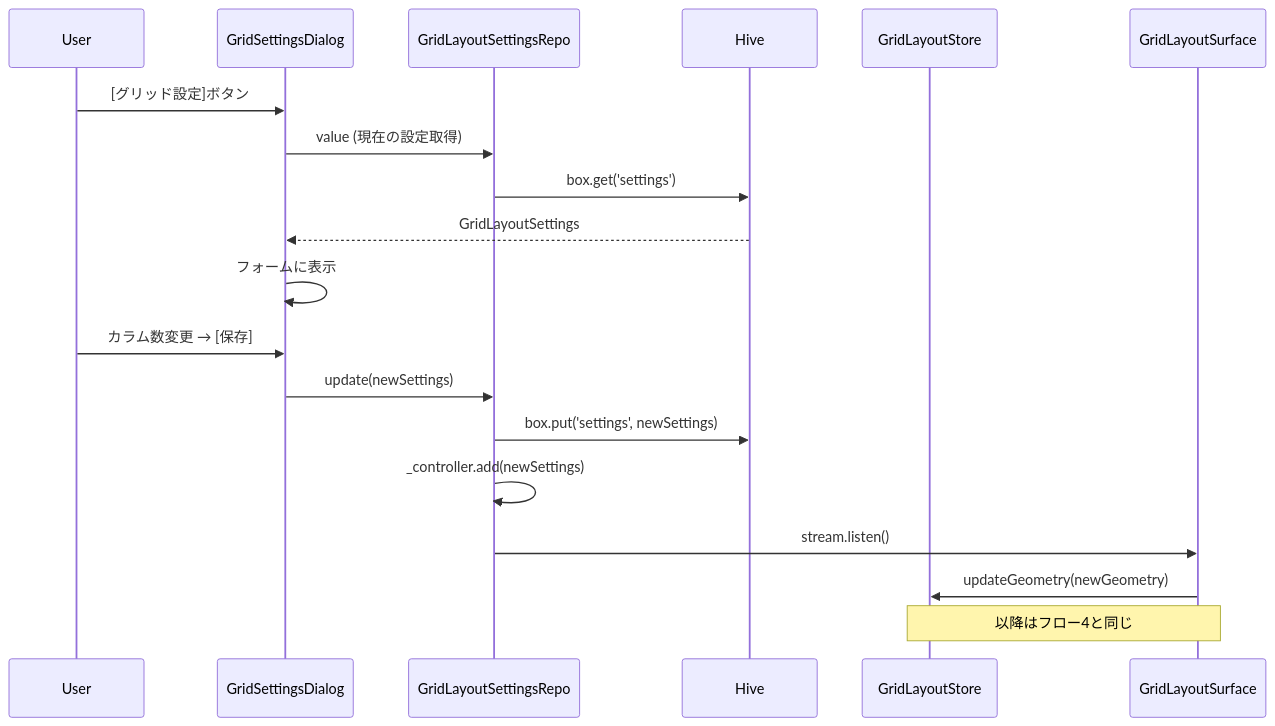
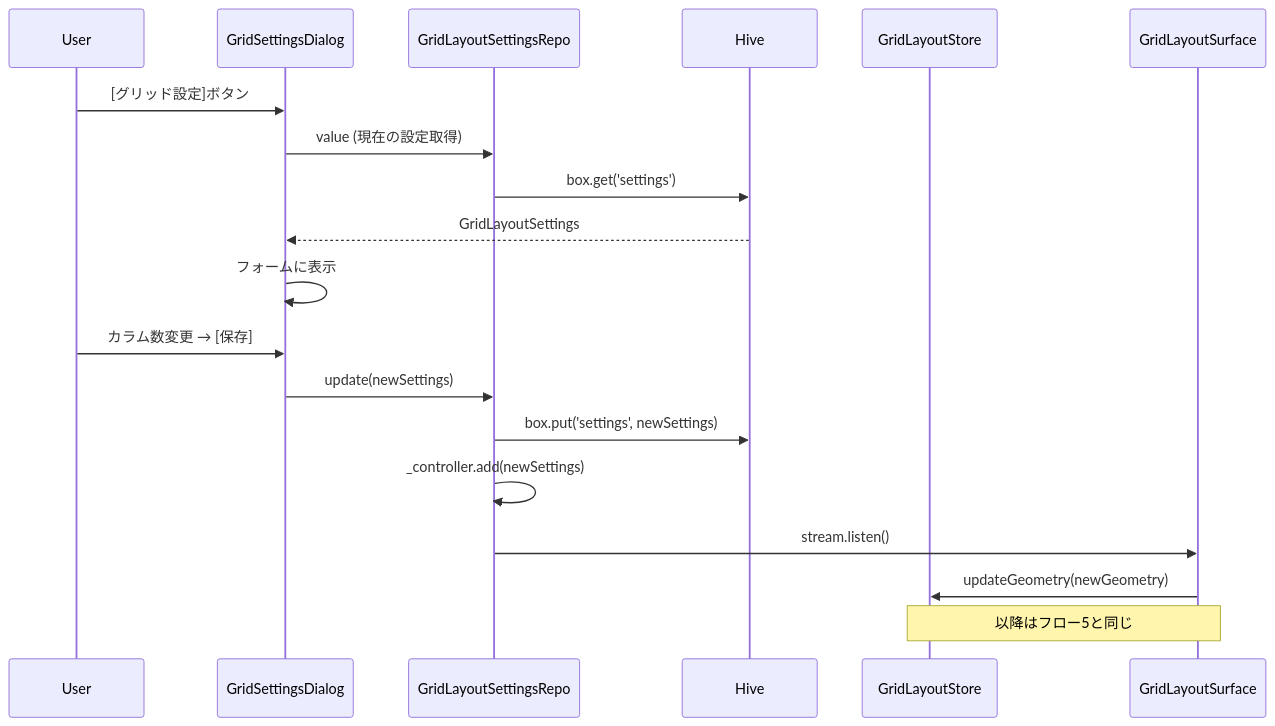
The ninth of 11 diagrams in docs/architecture/data_flow.md (lietsee/clip-pix), drawn with Mermaid before and after one commit. The commit also changed other lines of this file and 13 other files, not shown here.

````diff
--- a/docs/architecture/data_flow.md
+++ b/docs/architecture/data_flow.md
@@ -232,22 +322,22 @@
 ```mermaid
 sequenceDiagram
     participant User
     participant Dialog as GridSettingsDialog
     participant GLSR as GridLayoutSettingsRepo
     participant Hive
     participant GLS as GridLayoutStore
     participant Surface as GridLayoutSurface
 
     User->>Dialog: [グリッド設定]ボタン
     Dialog->>GLSR: value (現在の設定取得)
     GLSR->>Hive: box.get('settings')
     Hive-->>Dialog: GridLayoutSettings
     Dialog->>Dialog: フォームに表示
     User->>Dialog: カラム数変更 → [保存]
     Dialog->>GLSR: update(newSettings)
     GLSR->>Hive: box.put('settings', newSettings)
     GLSR->>GLSR: _controller.add(newSettings)
     GLSR->>Surface: stream.listen()
     Surface->>GLS: updateGeometry(newGeometry)
-    Note over GLS,Surface: 以降はフロー4と同じ
+    Note over GLS,Surface: 以降はフロー5と同じ
 ```
````
